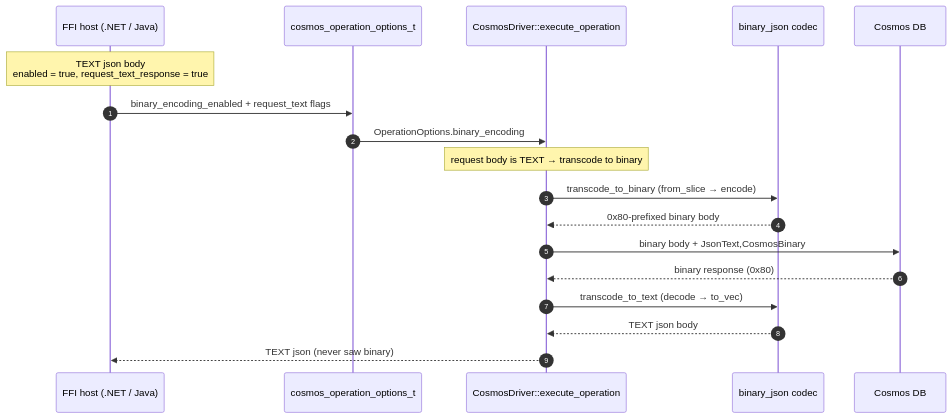
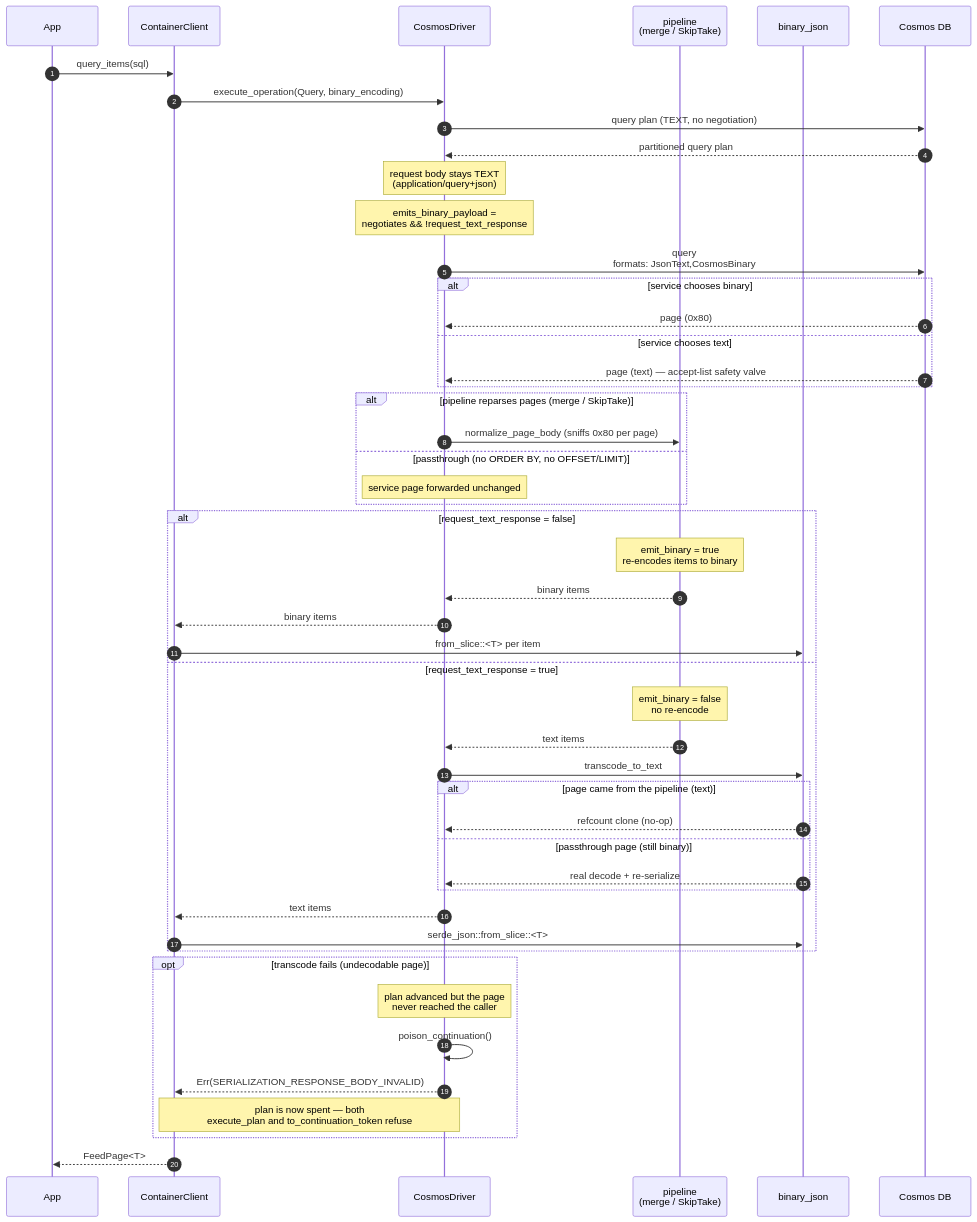
The seventh of 7 diagrams in sdk/cosmos/azure_data_cosmos_driver/docs/BINARY_ENCODING_HLD.md (Azure/azure-sdk-for-rust), drawn with Mermaid before and after one commit. The commit also changed other lines of this file and 46 other files, not shown here.

First line of the commit message:
Cosmos: Adds Binary Encoding Support for Queries (#5040)

````diff
--- a/sdk/cosmos/azure_data_cosmos_driver/docs/BINARY_ENCODING_HLD.md
+++ b/sdk/cosmos/azure_data_cosmos_driver/docs/BINARY_ENCODING_HLD.md
@@ -260,21 +412,59 @@
 ```mermaid
 sequenceDiagram
     autonumber
-    participant Host as FFI host (.NET / Java)
-    participant ABI as cosmos_operation_options_t
-    participant DRV as CosmosDriver::execute_operation
-    participant Cod as binary_json codec
+    participant App
+    participant SDK as ContainerClient
+    participant DRV as CosmosDriver
+    participant PIPE as pipeline<br/>(merge / SkipTake)
+    participant Cod as binary_json
     participant Svc as Cosmos DB
 
-    Note over Host: TEXT json body<br/>enabled = true, request_text_response = true
-    Host->>ABI: binary_encoding_enabled + request_text flags
-    ABI->>DRV: OperationOptions.binary_encoding
-    Note over DRV: request body is TEXT → transcode to binary
-    DRV->>Cod: transcode_to_binary (from_slice → encode)
-    Cod-->>DRV: 0x80-prefixed binary body
-    DRV->>Svc: binary body + JsonText,CosmosBinary
-    Svc-->>DRV: binary response (0x80)
-    DRV->>Cod: transcode_to_text (decode → to_vec)
-    Cod-->>DRV: TEXT json body
-    DRV-->>Host: TEXT json (never saw binary)
+    App->>SDK: query_items(sql)
+    SDK->>DRV: execute_operation(Query, binary_encoding)
+
+    DRV->>Svc: query plan (TEXT, no negotiation)
+    Svc-->>DRV: partitioned query plan
+
+    Note over DRV: request body stays TEXT<br/>(application/query+json)
+    Note over DRV: emits_binary_payload =<br/>negotiates && !request_text_response
+
+    DRV->>Svc: query<br/>formats: JsonText,CosmosBinary
+    alt service chooses binary
+        Svc-->>DRV: page (0x80)
+    else service chooses text
+        Svc-->>DRV: page (text) — accept-list safety valve
+    end
+
+    alt pipeline reparses pages (merge / SkipTake)
+        DRV->>PIPE: normalize_page_body (sniffs 0x80 per page)
+    else passthrough (no ORDER BY, no OFFSET/LIMIT)
+        Note over DRV: service page forwarded unchanged
+    end
+
+    alt request_text_response = false
+        Note over PIPE: emit_binary = true<br/>re-encodes items to binary
+        PIPE-->>DRV: binary items
+        DRV-->>SDK: binary items
+        SDK->>Cod: from_slice::<T> per item
+    else request_text_response = true
+        Note over PIPE: emit_binary = false<br/>no re-encode
+        PIPE-->>DRV: text items
+        DRV->>Cod: transcode_to_text
+        alt page came from the pipeline (text)
+            Cod-->>DRV: refcount clone (no-op)
+        else passthrough page (still binary)
+            Cod-->>DRV: real decode + re-serialize
+        end
+        DRV-->>SDK: text items
+        SDK->>Cod: serde_json::from_slice::<T>
+    end
+
+    opt transcode fails (undecodable page)
+        Note over DRV: plan advanced but the page<br/>never reached the caller
+        DRV->>DRV: poison_continuation()
+        DRV-->>SDK: Err(SERIALIZATION_RESPONSE_BODY_INVALID)
+        Note over SDK,DRV: plan is now spent — both<br/>execute_plan and to_continuation_token refuse
+    end
+
+    SDK-->>App: FeedPage<T>
 ```
````
